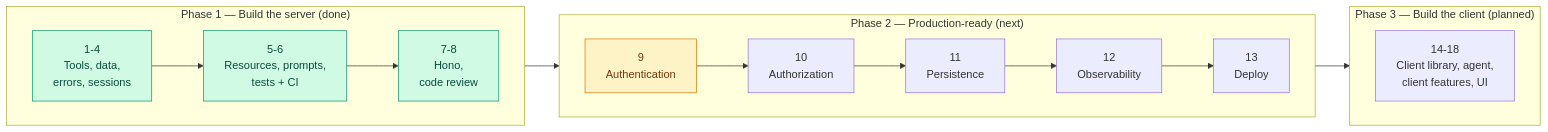
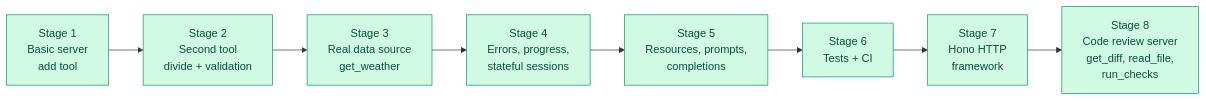
The second of 4 diagrams in README.md (shadmaanAsif/MCP-Explorer), drawn with Mermaid before and after one commit. The commit also changed other lines of this file and 18 other files, not shown here.

````diff
--- a/README.md
+++ b/README.md
@@ -82,20 +100,6 @@
 ```mermaid
 flowchart LR
-    subgraph P1["Phase 1 — Build the server (done)"]
-        direction LR
-        S1["1-4<br/>Tools, data,<br/>errors, sessions"] --> S5["5-6<br/>Resources, prompts,<br/>tests + CI"] --> S7["7-8<br/>Hono,<br/>code review"]
-    end
-    subgraph P2["Phase 2 — Production-ready (next)"]
-        direction LR
-        S9["9<br/>Authentication"] --> S10["10<br/>Authorization"] --> S11["11<br/>Persistence"] --> S12["12<br/>Observability"] --> S13["13<br/>Deploy"]
-    end
-    subgraph P3["Phase 3 — Build the client (planned)"]
-        direction LR
-        S14["14-18<br/>Client library, agent,<br/>client features, UI"]
-    end
-    P1 --> P2 --> P3
+    S1["Stage 1<br/>Basic server<br/>add tool"] --> S2["Stage 2<br/>Second tool<br/>divide + validation"] --> S3["Stage 3<br/>Real data source<br/>get_weather"] --> S4["Stage 4<br/>Errors, progress,<br/>stateful sessions"] --> S5["Stage 5<br/>Resources, prompts,<br/>completions"] --> S6["Stage 6<br/>Tests + CI"] --> S7["Stage 7<br/>Hono HTTP<br/>framework"] --> S8["Stage 8<br/>Code review server<br/>get_diff, read_file,<br/>run_checks"]
     classDef built fill:#d1fae5,stroke:#059669,color:#064e3b
-    classDef current fill:#fef3c7,stroke:#d97706,color:#78350f
-    class S1,S5,S7 built
-    class S9 current
+    class S1,S2,S3,S4,S5,S6,S7,S8 built
 ```
````
